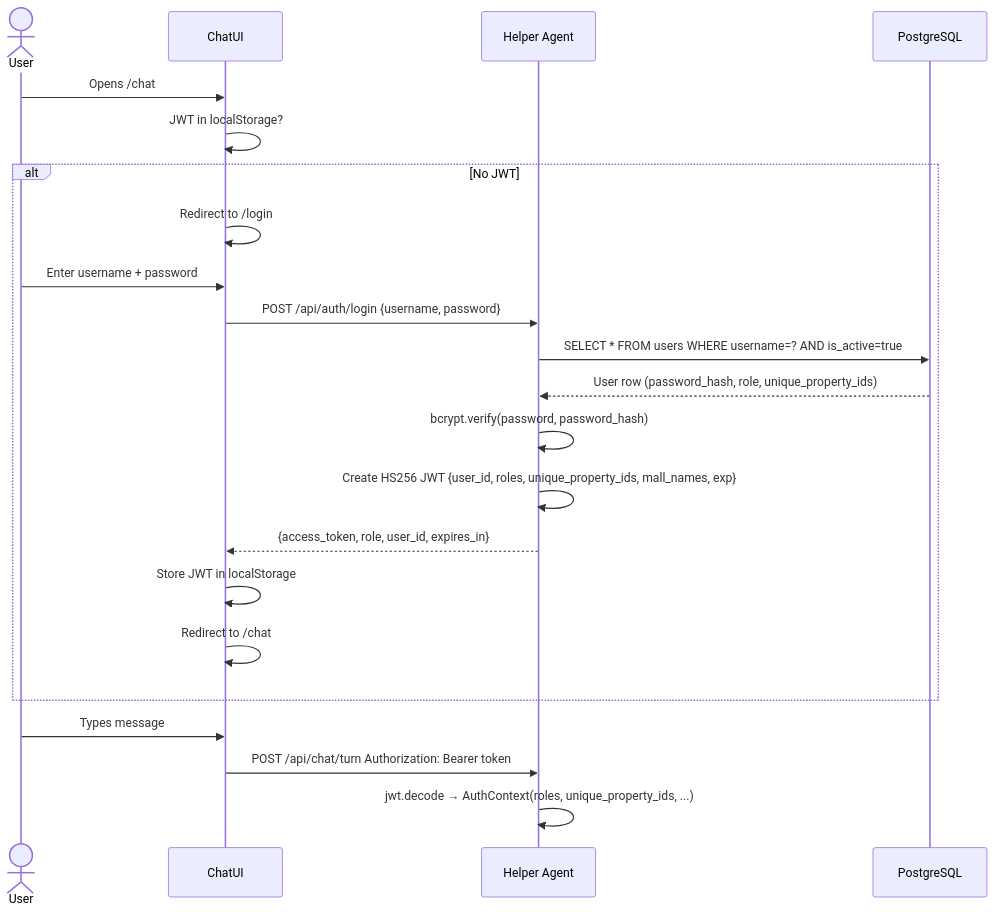
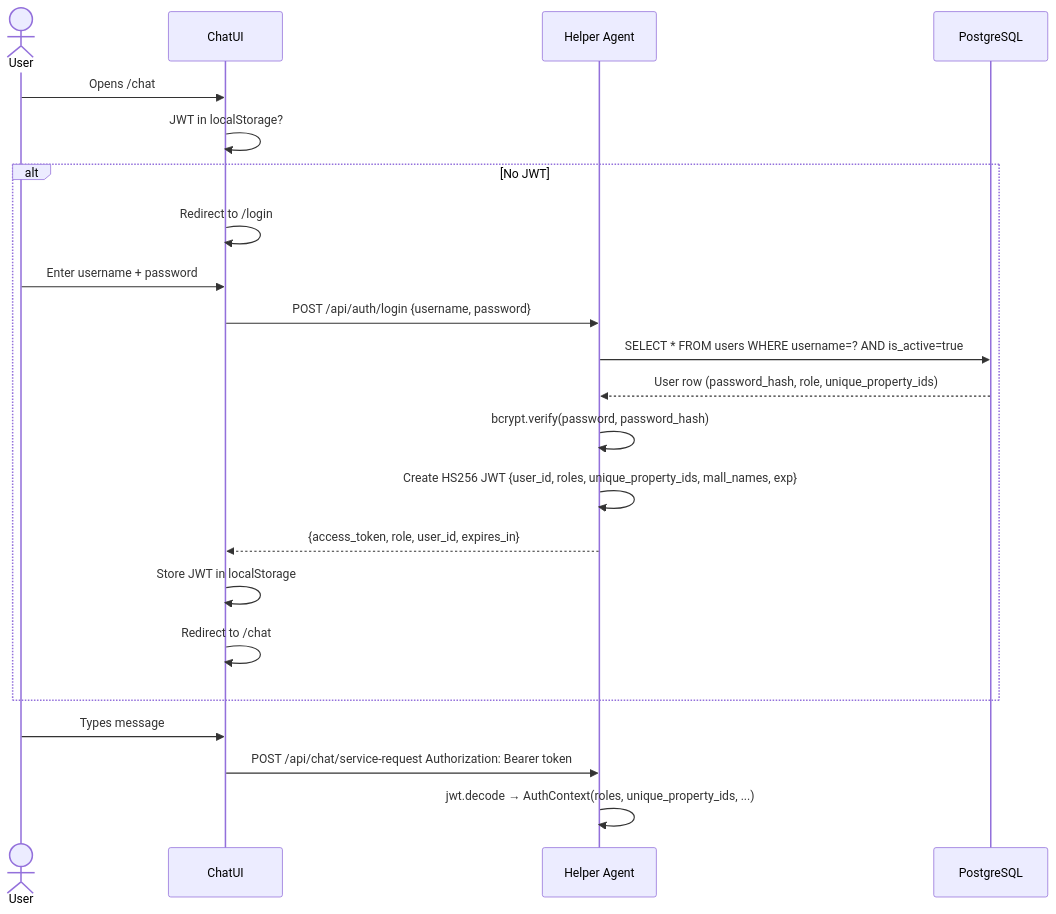
One commit to swa01wk/Cenomi-RDD-Chatbot changed the third of 10 diagrams in service-request-chatbot/docs/helper-agent-pipeline.md. Above: the diagram before and after it, drawn with Mermaid. The commit also changed other lines of this file and 29 other files, not shown here.

````diff
--- a/service-request-chatbot/docs/helper-agent-pipeline.md
+++ b/service-request-chatbot/docs/helper-agent-pipeline.md
@@ -186,25 +186,25 @@
 ```mermaid
 sequenceDiagram
     actor User
     participant UI as ChatUI
     participant API as Helper Agent
     participant DB as PostgreSQL
 
     User->>UI: Opens /chat
     UI->>UI: JWT in localStorage?
     alt No JWT
         UI->>UI: Redirect to /login
         User->>UI: Enter username + password
         UI->>API: POST /api/auth/login {username, password}
         API->>DB: SELECT * FROM users WHERE username=? AND is_active=true
         DB-->>API: User row (password_hash, role, unique_property_ids)
         API->>API: bcrypt.verify(password, password_hash)
         API->>API: Create HS256 JWT {user_id, roles, unique_property_ids, mall_names, exp}
         API-->>UI: {access_token, role, user_id, expires_in}
         UI->>UI: Store JWT in localStorage
         UI->>UI: Redirect to /chat
     end
     User->>UI: Types message
-    UI->>API: POST /api/chat/turn Authorization: Bearer token
+    UI->>API: POST /api/chat/service-request Authorization: Bearer token
     API->>API: jwt.decode → AuthContext(roles, unique_property_ids, ...)
 ```
````
